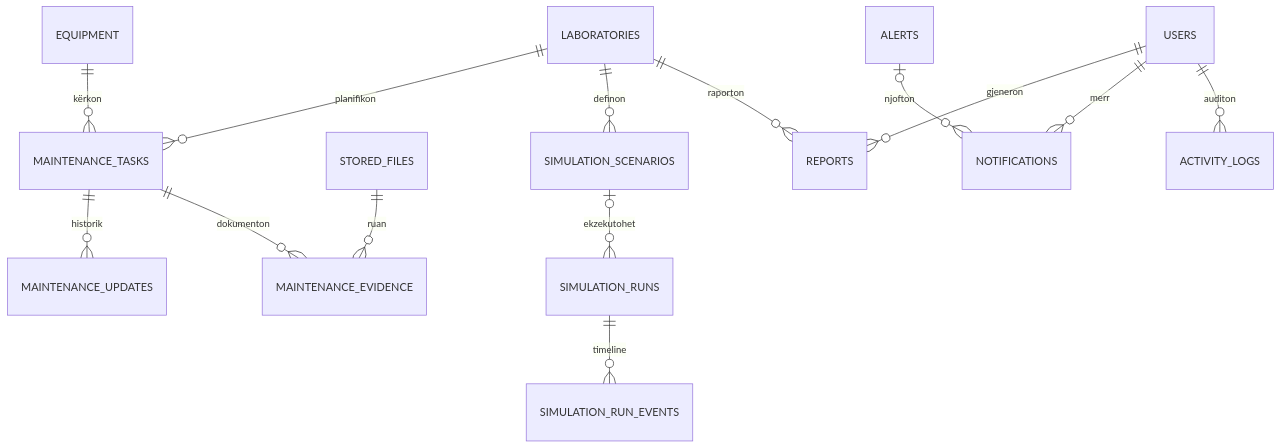
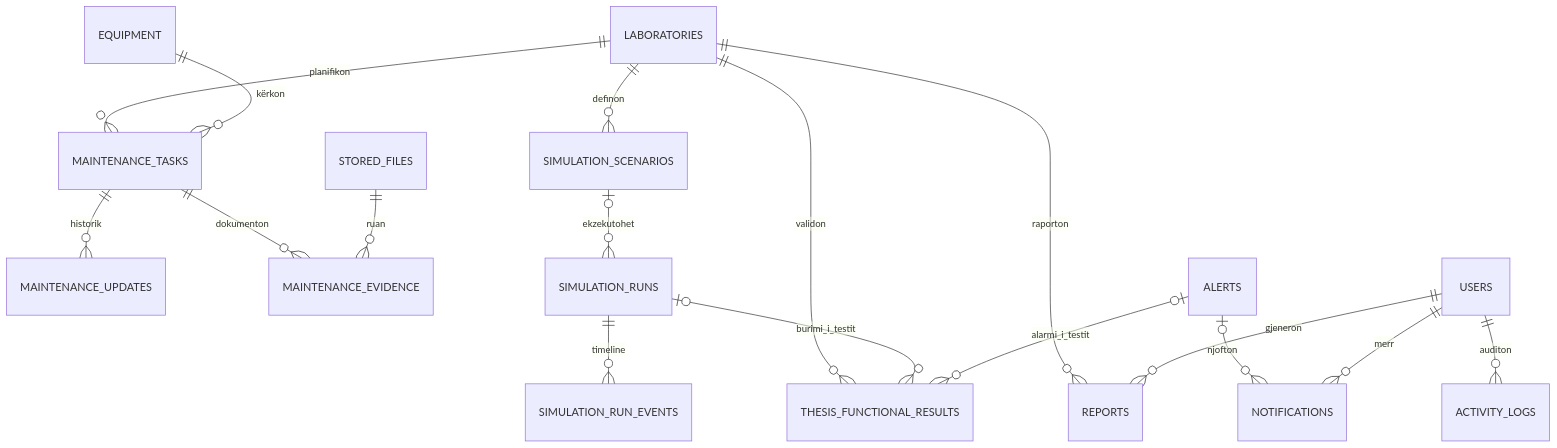
One commit to ertihoxha5/campuslab-twin changed the third of 3 diagrams in docs/database.md. Above: the diagram before and after it, drawn with Mermaid. The commit also changed other lines of this file and 20 other files, not shown here.

````diff
--- a/docs/database.md
+++ b/docs/database.md
@@ -62,16 +62,19 @@
 ```mermaid
 erDiagram
   LABORATORIES ||--o{ MAINTENANCE_TASKS : planifikon
   EQUIPMENT ||--o{ MAINTENANCE_TASKS : kërkon
   MAINTENANCE_TASKS ||--o{ MAINTENANCE_UPDATES : historik
   MAINTENANCE_TASKS ||--o{ MAINTENANCE_EVIDENCE : dokumenton
   STORED_FILES ||--o{ MAINTENANCE_EVIDENCE : ruan
   LABORATORIES ||--o{ SIMULATION_SCENARIOS : definon
   SIMULATION_SCENARIOS o|--o{ SIMULATION_RUNS : ekzekutohet
   SIMULATION_RUNS ||--o{ SIMULATION_RUN_EVENTS : timeline
+  LABORATORIES ||--o{ THESIS_FUNCTIONAL_RESULTS : validon
+  SIMULATION_RUNS o|--o{ THESIS_FUNCTIONAL_RESULTS : burimi_i_testit
+  ALERTS o|--o{ THESIS_FUNCTIONAL_RESULTS : alarmi_i_testit
   LABORATORIES ||--o{ REPORTS : raporton
   USERS ||--o{ REPORTS : gjeneron
   ALERTS o|--o{ NOTIFICATIONS : njofton
   USERS ||--o{ NOTIFICATIONS : merr
   USERS ||--o{ ACTIVITY_LOGS : auditon
 ```
````
